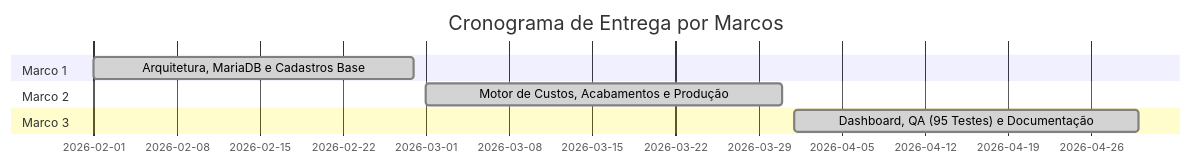
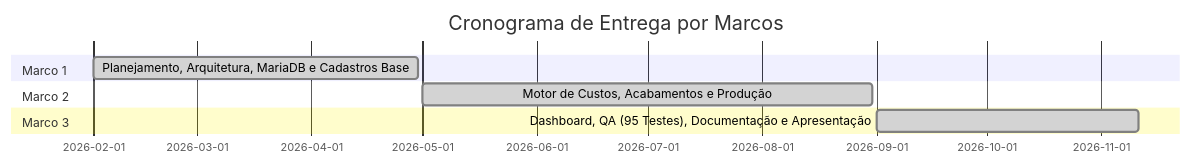
The diagram in docs/TAP/TAP.md (FelipeSilveiraP/TRABALHO_GRADUACAO_FATEC), drawn with Mermaid before and after one commit. The commit also changed other lines of this file and 14 other files, not shown here.

````diff
--- a/docs/TAP/TAP.md
+++ b/docs/TAP/TAP.md
@@ -152,11 +153,11 @@
 ```mermaid
 gantt
     title Cronograma de Entrega por Marcos
     dateFormat  YYYY-MM-DD
     section Marco 1
-    Arquitetura, MariaDB e Cadastros Base :done, m1, 2026-02-01, 2026-02-28
+    Planejamento, Arquitetura, MariaDB e Cadastros Base :done, m1, 2026-02-01, 2026-04-30
     section Marco 2
-    Motor de Custos, Acabamentos e Produção :done, m2, 2026-03-01, 2026-03-31
+    Motor de Custos, Acabamentos e Produção :done, m2, 2026-05-01, 2026-08-31
     section Marco 3
-    Dashboard, QA (95 Testes) e Documentação :done, m3, 2026-04-01, 2026-04-30
+    Dashboard, QA (95 Testes), Documentação e Apresentação :done, m3, 2026-09-01, 2026-11-11
 ```
````
